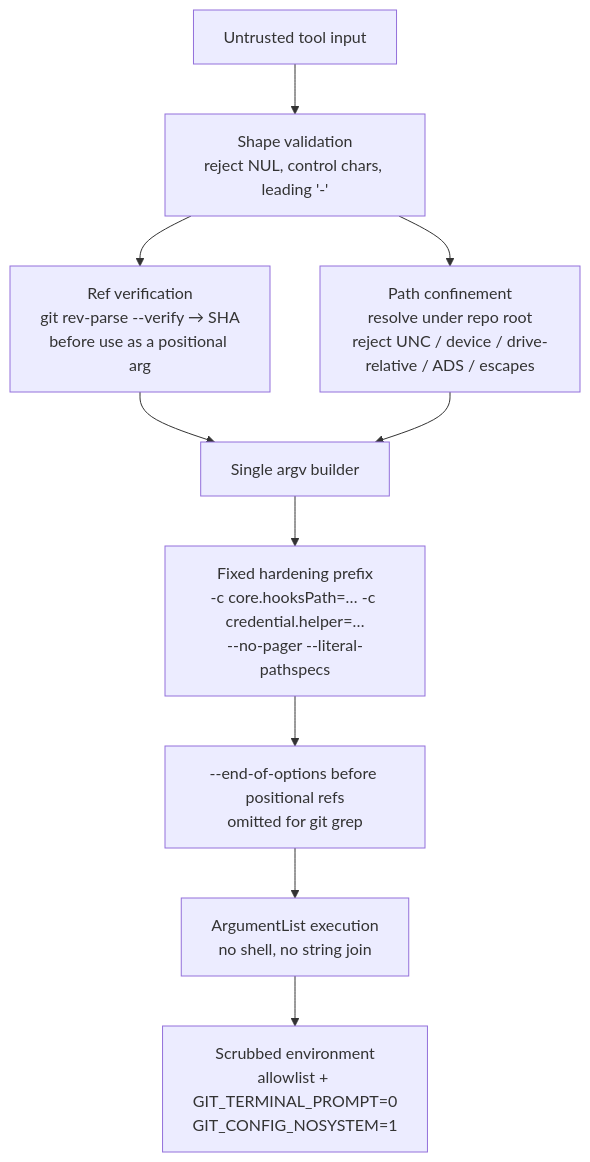
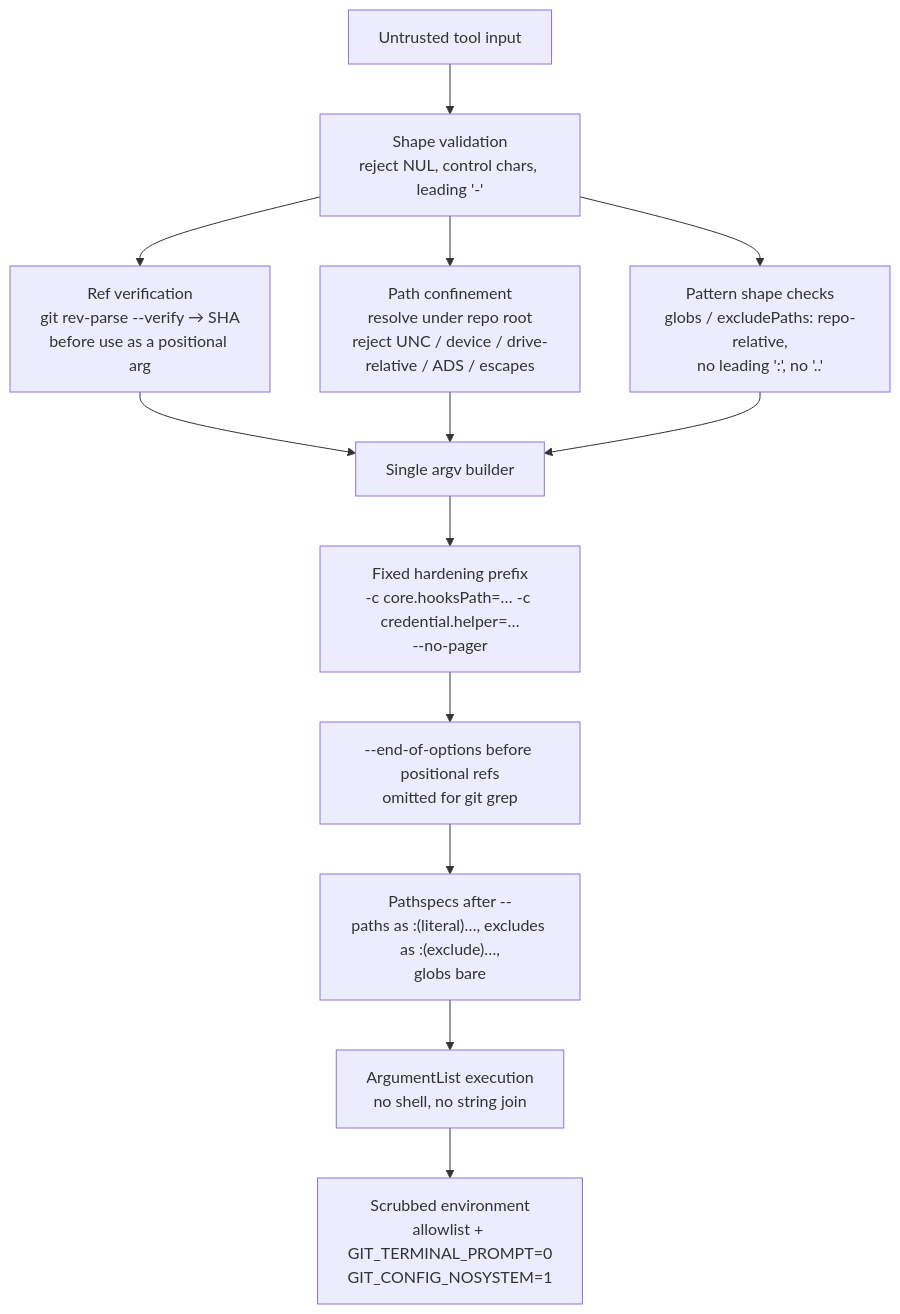
Diagram 14 of 14 in src/RaccoonNinja.McpToolset.Server.GitOps/README.md (brenordv/mcp-toolset), drawn with Mermaid before and after one commit. The commit also changed other lines of this file and 22 other files, not shown here.

````diff
--- a/src/RaccoonNinja.McpToolset.Server.GitOps/README.md
+++ b/src/RaccoonNinja.McpToolset.Server.GitOps/README.md
@@ -457,12 +475,15 @@
 ```mermaid
 flowchart TD
     A[Untrusted tool input] --> B[Shape validation<br/>reject NUL, control chars, leading '-']
     B --> C[Ref verification<br/>git rev-parse --verify → SHA<br/>before use as a positional arg]
     B --> D[Path confinement<br/>resolve under repo root<br/>reject UNC / device / drive-relative / ADS / escapes]
+    B --> P["Pattern shape checks<br/>globs / excludePaths: repo-relative,<br/>no leading ':', no '..'"]
     C --> E[Single argv builder]
     D --> E
-    E --> F[Fixed hardening prefix<br/>-c core.hooksPath=… -c credential.helper=…<br/>--no-pager --literal-pathspecs]
+    P --> E
+    E --> F[Fixed hardening prefix<br/>-c core.hooksPath=… -c credential.helper=…<br/>--no-pager]
     F --> G[--end-of-options before positional refs<br/>omitted for git grep]
-    G --> H[ArgumentList execution<br/>no shell, no string join]
+    G --> S["Pathspecs after --<br/>paths as :(literal)…, excludes as :(exclude)…,<br/>globs bare"]
+    S --> H[ArgumentList execution<br/>no shell, no string join]
     H --> I[Scrubbed environment<br/>allowlist + GIT_TERMINAL_PROMPT=0<br/>GIT_CONFIG_NOSYSTEM=1]
 ```
````
